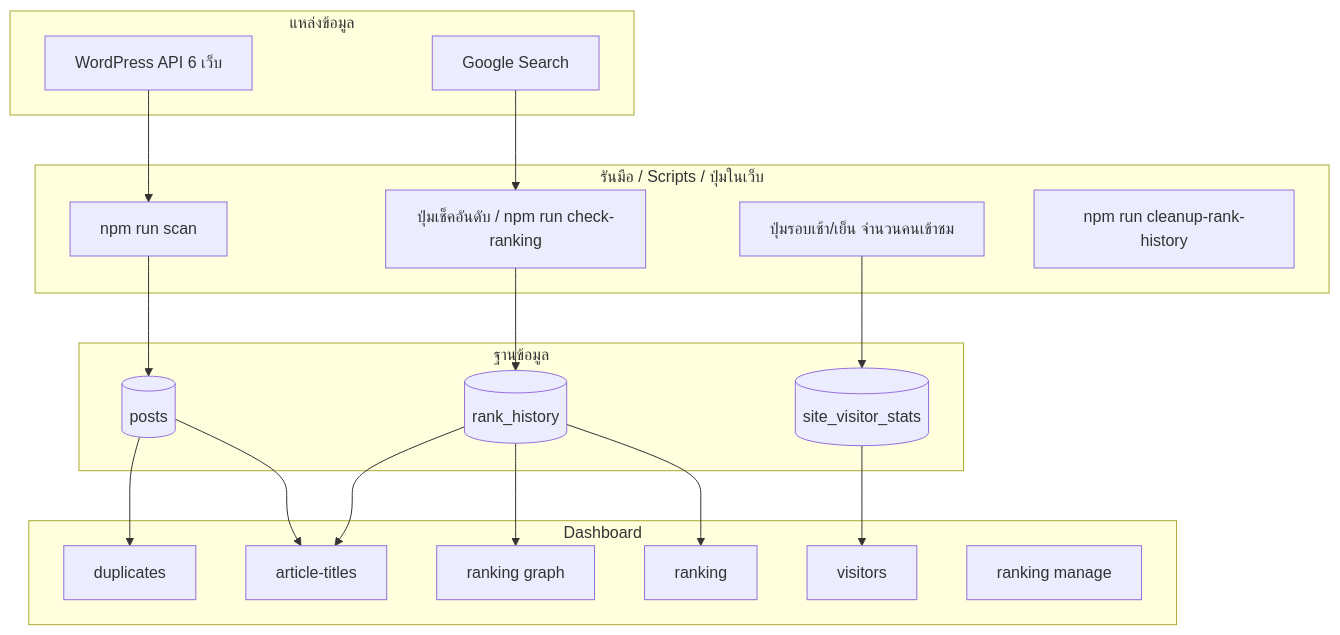
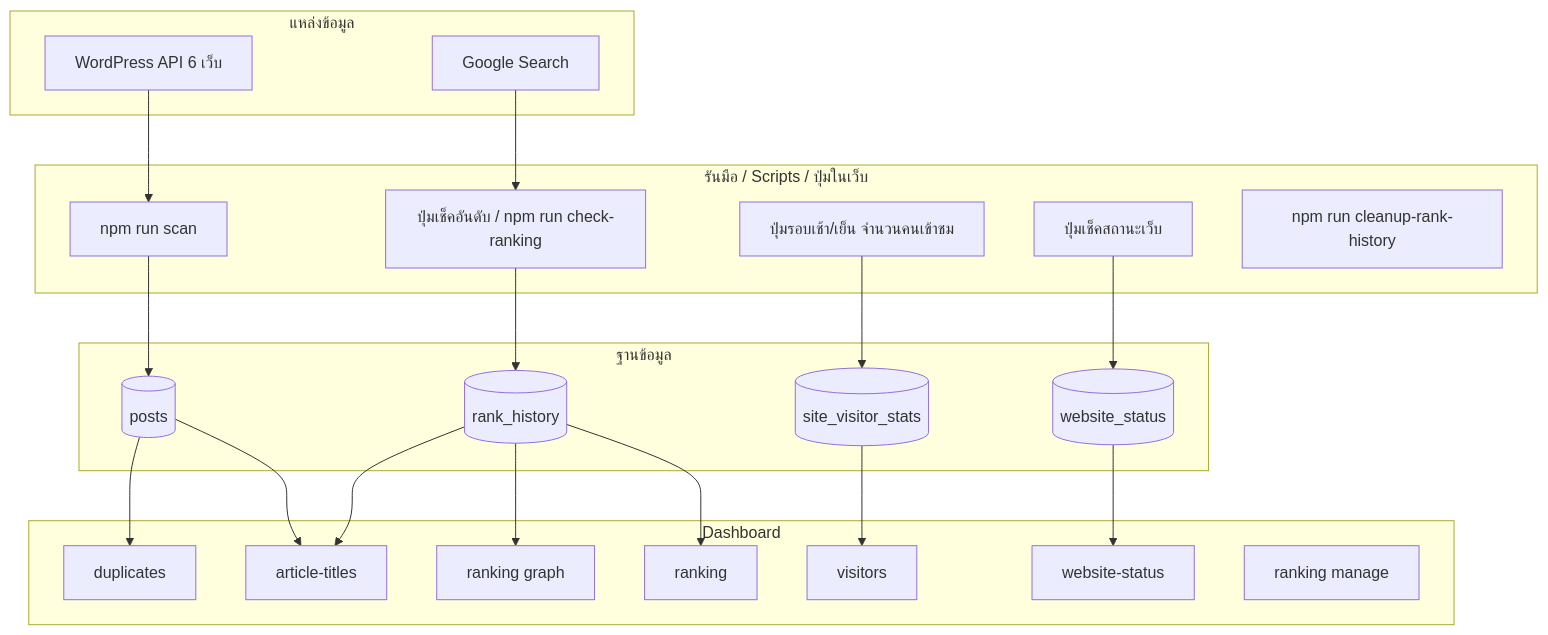
Before and after one commit to Blltxp/SEO_SYSTEM: the first of 2 diagrams in README.md, drawn with Mermaid. The commit also changed other lines of this file and 8 other files, not shown here.

Commit message:
Update Vistitor & Add Website-status check system

````diff
--- a/README.md
+++ b/README.md
@@ -146,39 +158,44 @@
 ```mermaid
 flowchart TB
     subgraph Input["แหล่งข้อมูล"]
         WP[WordPress API 6 เว็บ]
         Google[Google Search]
     end
 
     subgraph Manual["รันมือ / Scripts / ปุ่มในเว็บ"]
         Scan[npm run scan]
         Rank[ปุ่มเช็คอันดับ / npm run check-ranking]
         VisitorCheck[ปุ่มรอบเช้า/เย็น จำนวนคนเข้าชม]
+        StatusCheck[ปุ่มเช็คสถานะเว็บ]
         Cleanup[npm run cleanup-rank-history]
     end
 
     subgraph Data["ฐานข้อมูล"]
         Posts[(posts)]
         RankHistory[(rank_history)]
         VisitorStats[(site_visitor_stats)]
+        WebsiteStatus[(website_status)]
     end
 
     subgraph Dashboard["Dashboard"]
         R1[ranking]
         R2[ranking graph]
         V[visitors]
+        WS[website-status]
         A[article-titles]
         D[duplicates]
         M[ranking manage]
     end
 
     WP --> Scan --> Posts
     Google --> Rank --> RankHistory
     Posts --> A
     Posts --> D
     RankHistory --> R1
     RankHistory --> R2
     RankHistory --> A
     VisitorCheck --> VisitorStats
     VisitorStats --> V
+    StatusCheck --> WebsiteStatus
+    WebsiteStatus --> WS
 ```
````
